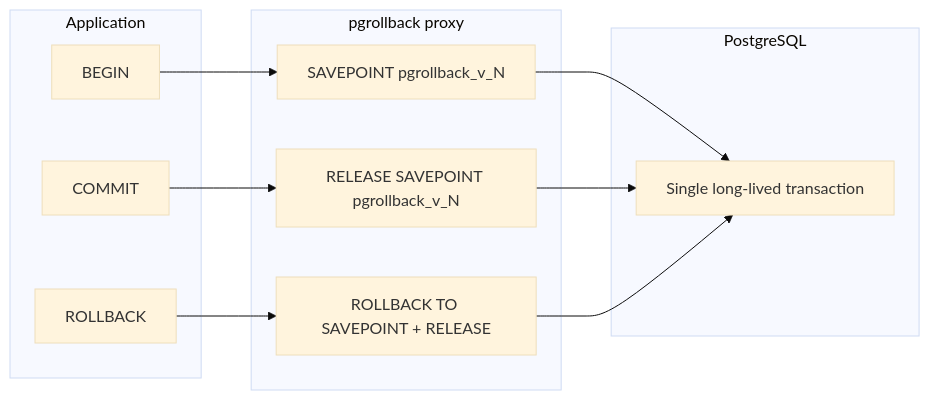
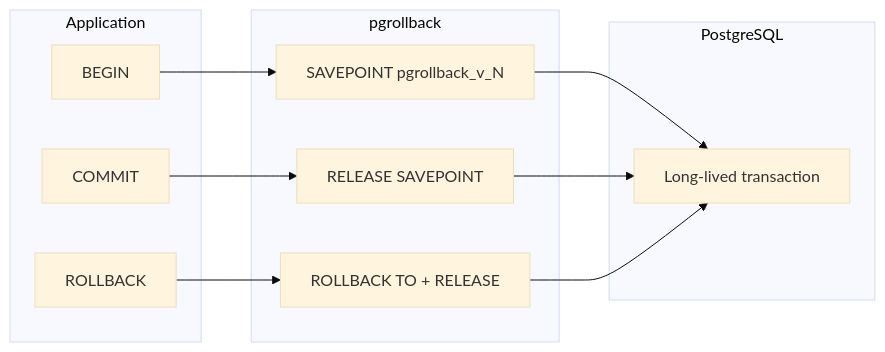
One commit to asfixia/pgrollback changed the diagram in README.md. Above: the diagram before and after it, drawn with Mermaid (base theme). The commit also changed other lines of this file and 34 other files, not shown here.

````diff
--- a/README.md
+++ b/README.md
@@ -340,22 +212,19 @@
 ```mermaid
 flowchart LR
   subgraph app [Application]
     A[BEGIN]
     B[COMMIT]
     C[ROLLBACK]
   end
-  subgraph proxy [pgrollback proxy]
+  subgraph proxy [pgrollback]
     A2[SAVEPOINT pgrollback_v_N]
-    B2[RELEASE SAVEPOINT pgrollback_v_N]
-    C2[ROLLBACK TO SAVEPOINT + RELEASE]
+    B2[RELEASE SAVEPOINT]
+    C2[ROLLBACK TO + RELEASE]
   end
   subgraph db [PostgreSQL]
-    TX[Single long-lived transaction]
+    TX[Long-lived transaction]
   end
-  A --> A2
-  B --> B2
-  C --> C2
-  A2 --> TX
-  B2 --> TX
-  C2 --> TX
+  A --> A2 --> TX
+  B --> B2 --> TX
+  C --> C2 --> TX
 ```
````
